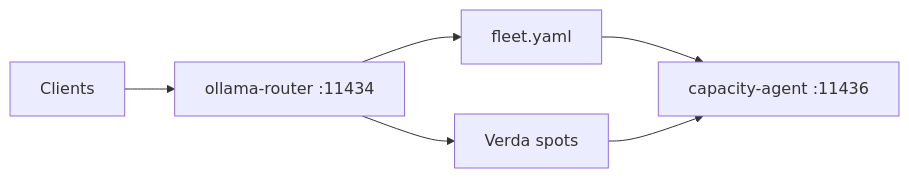
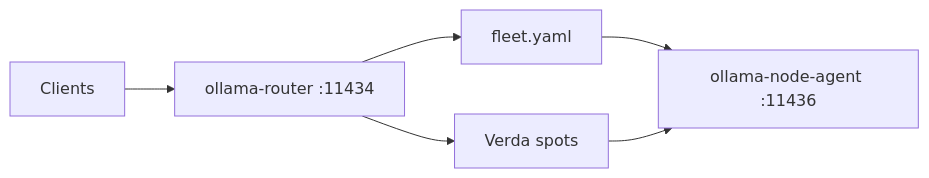
Before and after one commit to miguelenes/ollama-router: the diagram in README.md, drawn with Mermaid. The commit also changed other lines of this file and 63 other files, not shown here.

First line of the commit message:
Enhance ollama-router with new node agent and configuration options

````diff
--- a/README.md
+++ b/README.md
@@ -53,8 +53,8 @@
 ```mermaid
 flowchart LR
   clients[Clients] --> router["ollama-router :11434"]
   router --> fleetFile[fleet.yaml]
   router --> verda[Verda spots]
-  fleetFile --> agent["capacity-agent :11436"]
+  fleetFile --> agent["ollama-node-agent :11436"]
   verda --> agent
 ```
````
